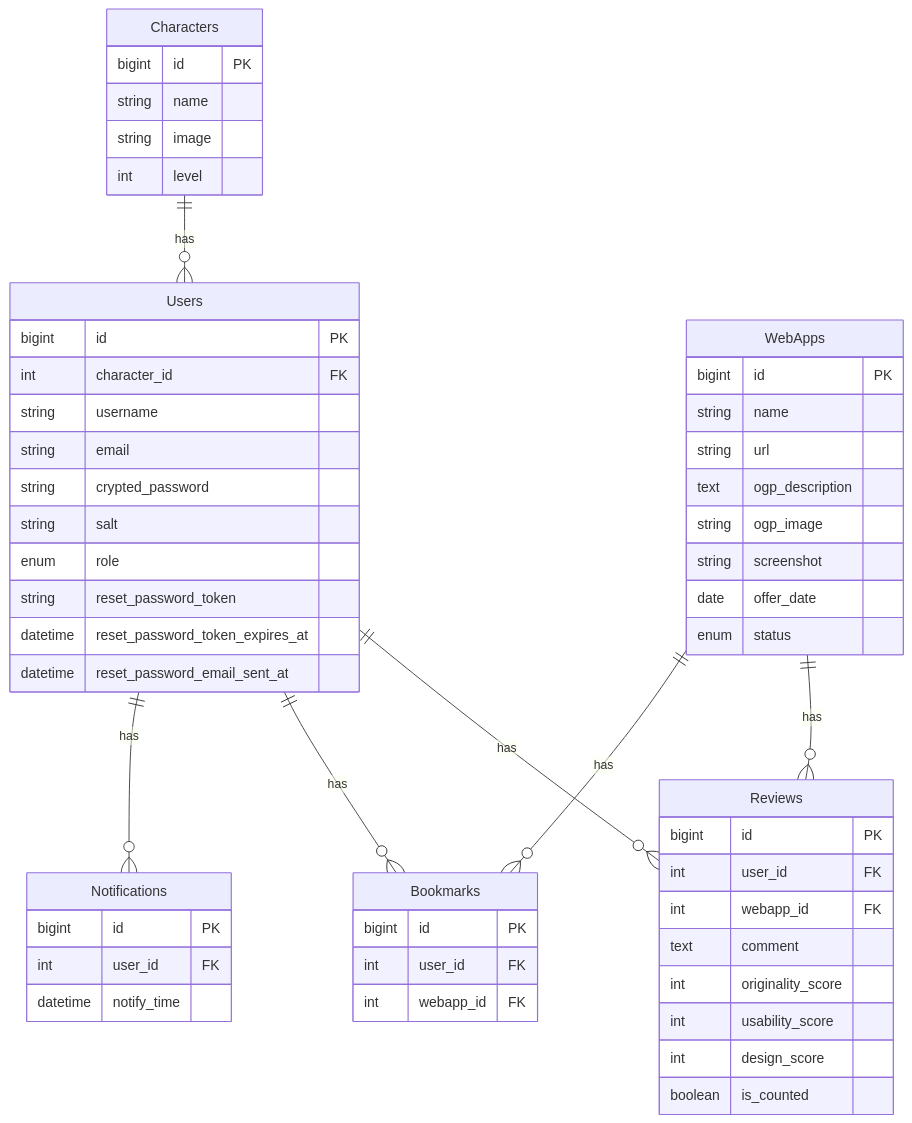
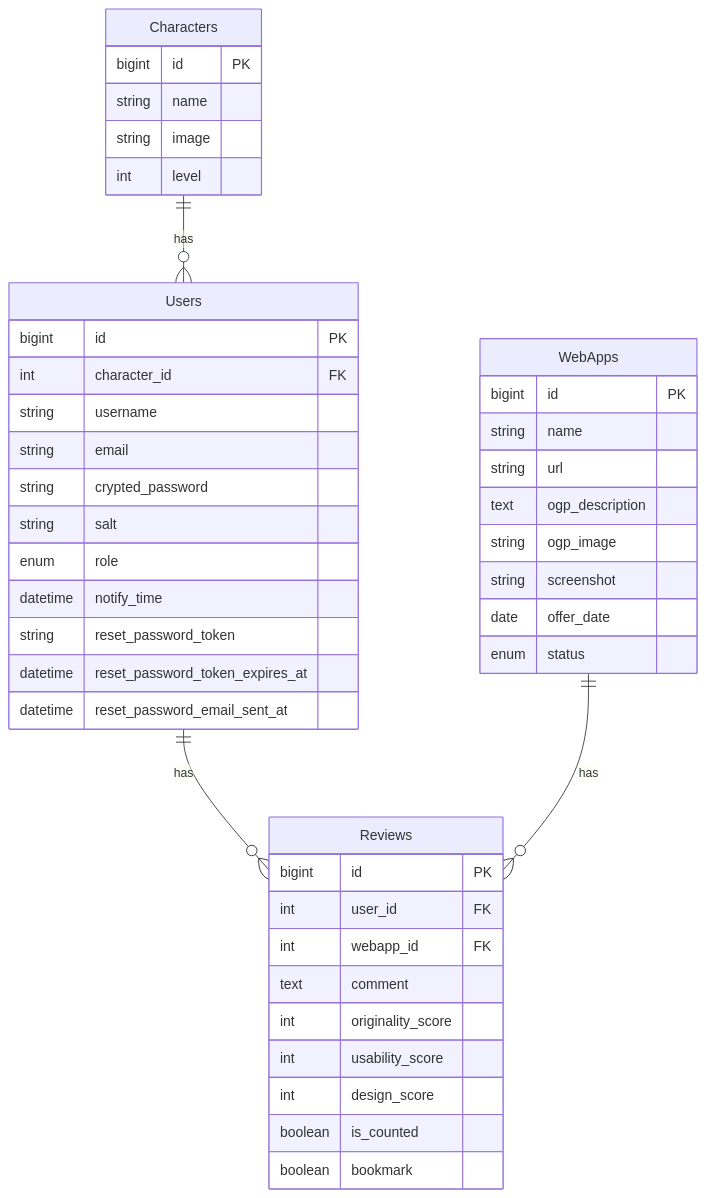
The diagram in README.md (hiroshi-okimura/web_app_diary), drawn with Mermaid before and after one commit.

Commit message:
fix: ER図の修正

````diff
--- a/README.md
+++ b/README.md
@@ -94,57 +94,46 @@
 ```mermaid
 erDiagram
   Users ||--o{ Reviews : has
-  Users ||--o{ Bookmarks : has
-  Users ||--o{ Notifications : has
   WebApps ||--o{ Reviews : has
-  WebApps ||--o{ Bookmarks : has
   Characters ||--o{ Users : has
   Users {
 	bigint id PK
         int character_id FK
 	string username
 	string email
 	string crypted_password
 	string salt
 	enum role
+        datetime notify_time
 	string reset_password_token
 	datetime reset_password_token_expires_at
 	datetime reset_password_email_sent_at
   }
   WebApps {
 	bigint id PK
 	string name
 	string url
 	text ogp_description
 	string ogp_image
 	string screenshot
 	date offer_date
 	enum status
   }
   Reviews {
 	bigint id PK
 	int user_id FK
 	int webapp_id FK
 	text comment
 	int originality_score
 	int usability_score
 	int design_score
 	boolean is_counted
-  }
-  Bookmarks {
-	bigint id PK
-	int user_id FK
-	int webapp_id FK
+        boolean bookmark
   }
   Characters {
 	bigint id PK
 	string name
 	string image
 	int level
   }
-  Notifications {
-	bigint id PK
-	int user_id FK
-	datetime notify_time
-  }
 ```
````
